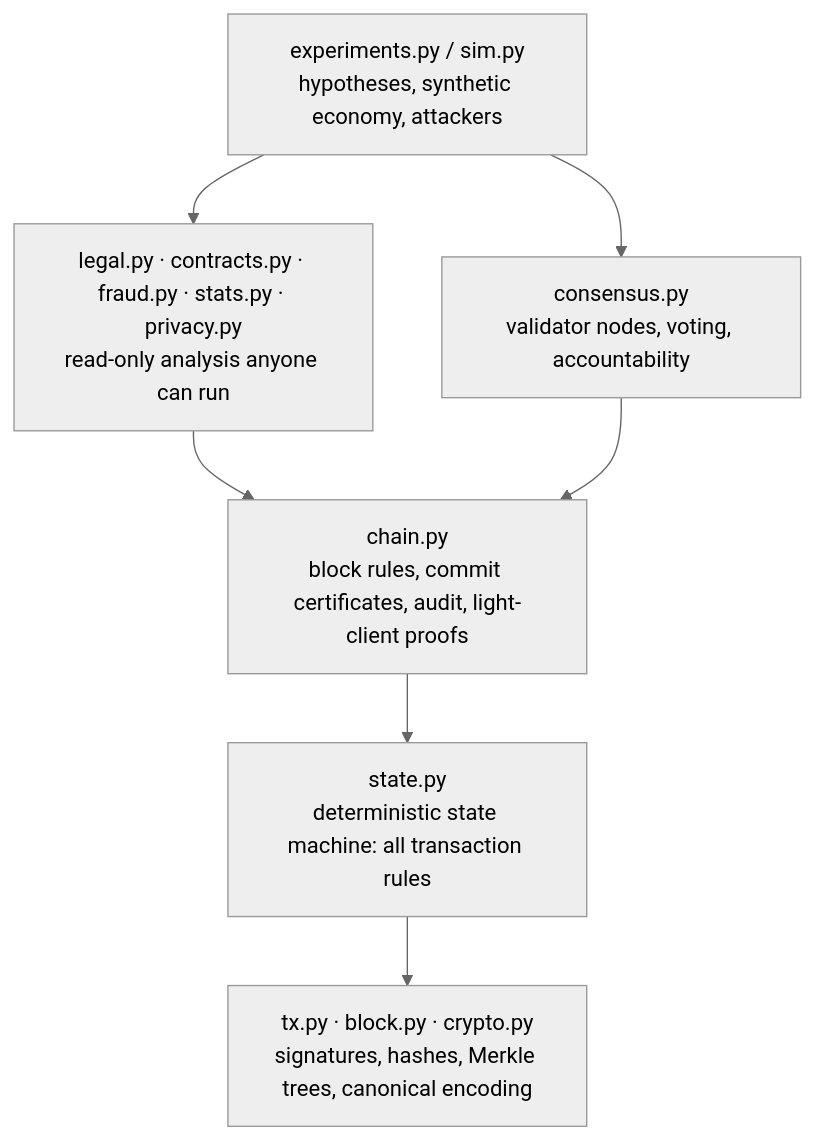
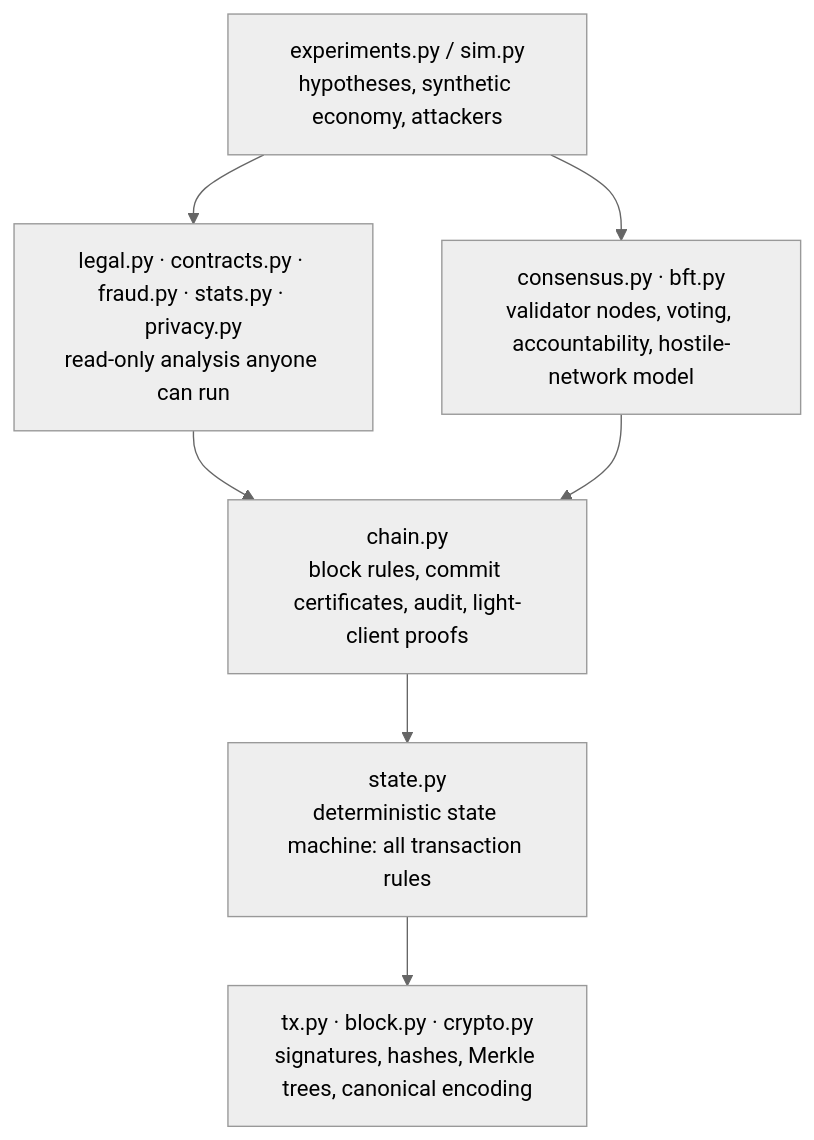
Before and after one commit to Normansrule/juris-ledger: the diagram in docs/ARCHITECTURE.md, drawn with Mermaid (neutral theme). The commit also changed 11 other files, not shown here.

Commit message:
v0.4.0: hostile-network consensus lab - single-phase forks, two-phase with locks does not

````diff
--- a/docs/ARCHITECTURE.md
+++ b/docs/ARCHITECTURE.md
@@ -5,11 +5,11 @@
 ```mermaid
 flowchart TB
     E["experiments.py / sim.py<br/>hypotheses, synthetic economy, attackers"]
     U["legal.py · contracts.py · fraud.py · stats.py · privacy.py<br/>read-only analysis anyone can run"]
-    N["consensus.py<br/>validator nodes, voting, accountability"]
+    N["consensus.py · bft.py<br/>validator nodes, voting, accountability, hostile-network model"]
     C["chain.py<br/>block rules, commit certificates, audit, light-client proofs"]
     S["state.py<br/>deterministic state machine: all transaction rules"]
     B["tx.py · block.py · crypto.py<br/>signatures, hashes, Merkle trees, canonical encoding"]
     E --> U --> C
     E --> N --> C --> S --> B
 ```
````
